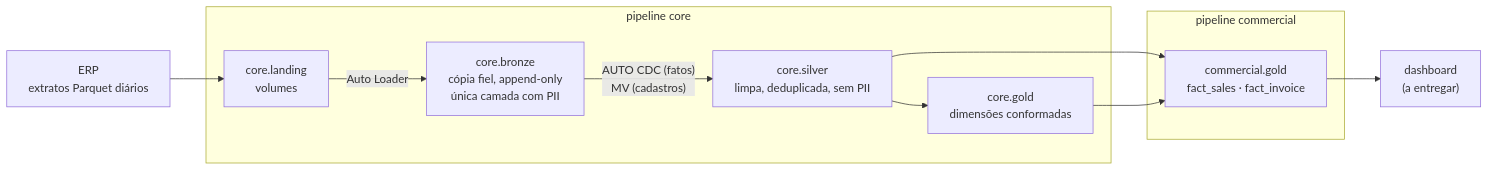
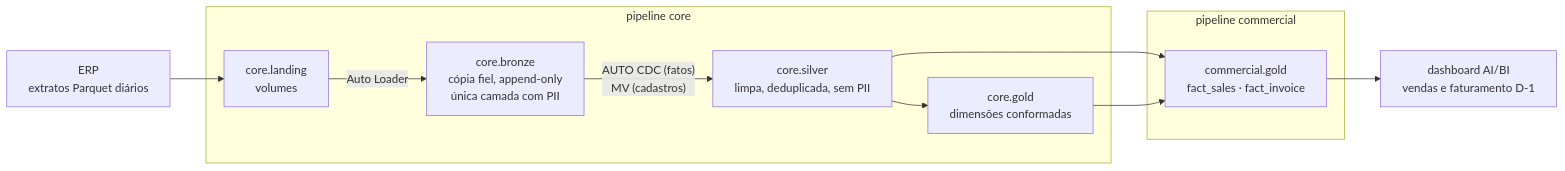
The first of 2 diagrams in README.md (brprado/serra-azul-lakehouse), drawn with Mermaid before and after one commit. The commit also changed other lines of this file and 20 other files, not shown here.

````diff
--- a/README.md
+++ b/README.md
@@ -27,15 +27,15 @@
 ```mermaid
 flowchart LR
     ERP["ERP<br/>extratos Parquet diários"] --> L["core.landing<br/>volumes"]
     subgraph core["pipeline core"]
         L -->|Auto Loader| B["core.bronze<br/>cópia fiel, append-only<br/>única camada com PII"]
         B -->|"AUTO CDC (fatos)<br/>MV (cadastros)"| S["core.silver<br/>limpa, deduplicada, sem PII"]
         S --> D["core.gold<br/>dimensões conformadas"]
     end
     subgraph commercial["pipeline commercial"]
         F["commercial.gold<br/>fact_sales · fact_invoice"]
     end
     S --> F
     D --> F
-    F --> DASH["dashboard<br/>(a entregar)"]
+    F --> DASH["dashboard AI/BI<br/>vendas e faturamento D-1"]
 ```
````
